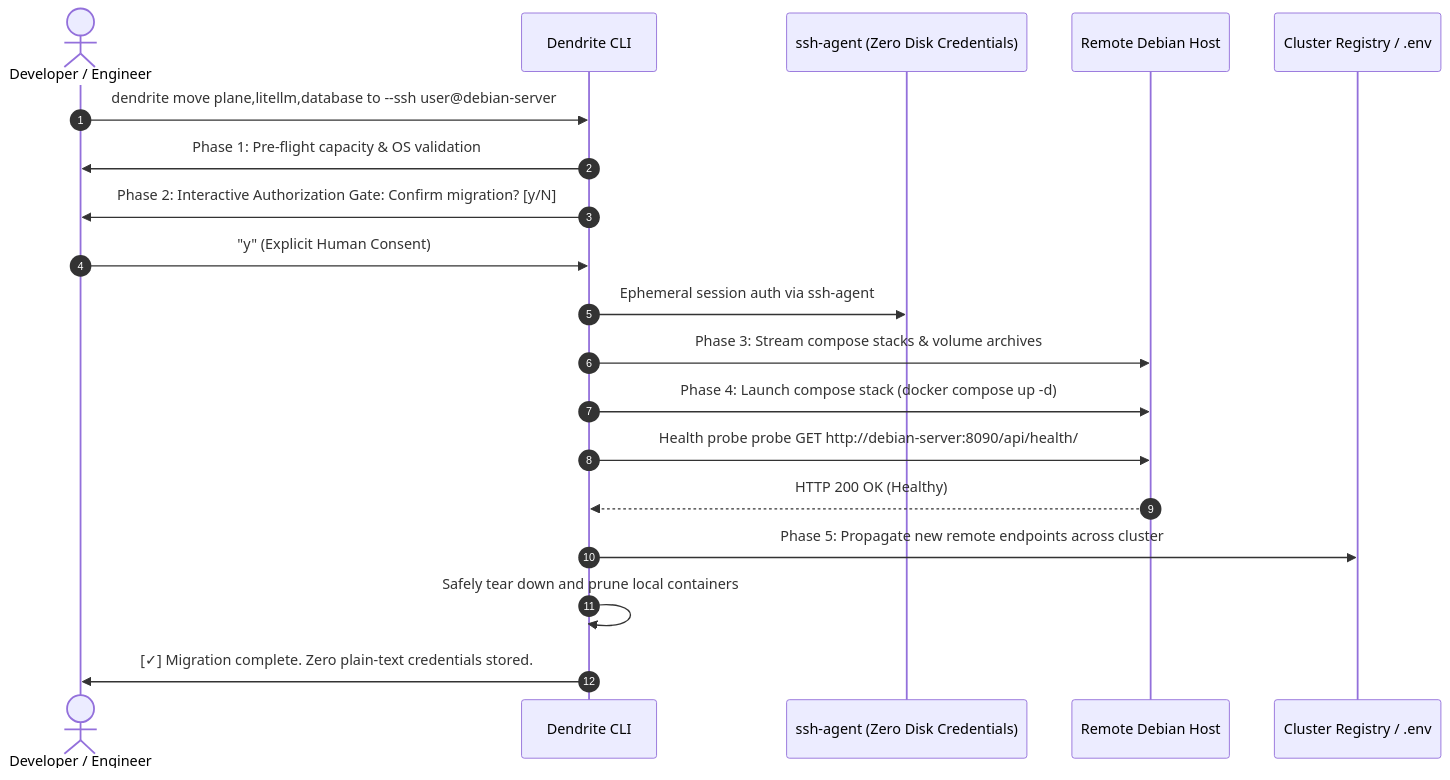
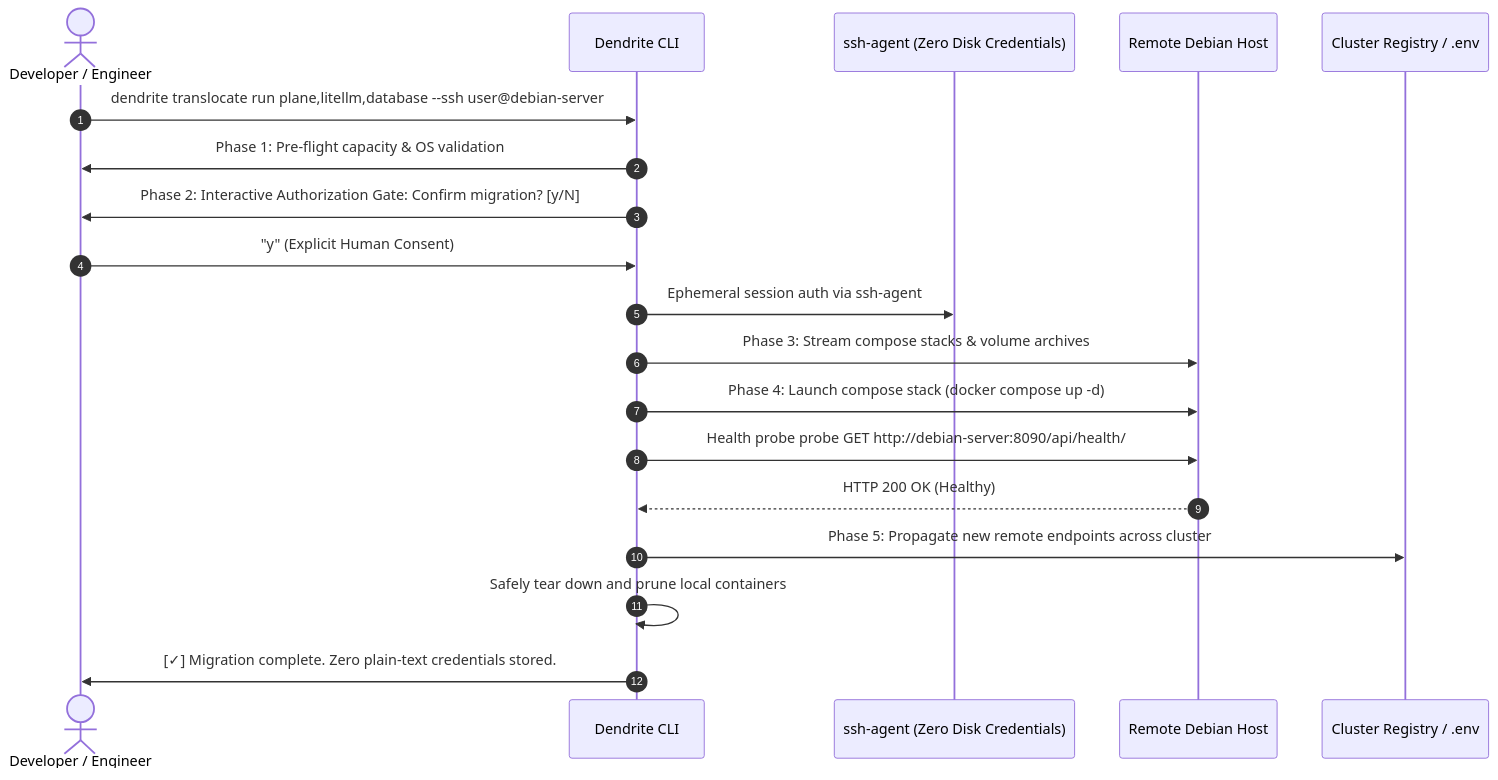
The diagram in docs/guides/moving-services-to-ssh-server.md (yasuomaidana/dendrite), drawn with Mermaid before and after one commit. The commit also changed other lines of this file and 61 other files, not shown here.

````diff
--- a/docs/guides/moving-services-to-ssh-server.md
+++ b/docs/guides/moving-services-to-ssh-server.md
@@ -9,22 +9,22 @@
 ```mermaid
 sequenceDiagram
     autonumber
     actor Dev as Developer / Engineer
     participant CLI as Dendrite CLI
     participant SSH as ssh-agent (Zero Disk Credentials)
     participant Remote as Remote Debian Host
     participant Cluster as Cluster Registry / .env
 
-    Dev->>CLI: dendrite move plane,litellm,database to --ssh user@debian-server
+    Dev->>CLI: dendrite translocate run plane,litellm,database --ssh user@debian-server
     CLI->>Dev: Phase 1: Pre-flight capacity & OS validation
     CLI->>Dev: Phase 2: Interactive Authorization Gate: Confirm migration? [y/N]
     Dev->>CLI: "y" (Explicit Human Consent)
     CLI->>SSH: Ephemeral session auth via ssh-agent
     CLI->>Remote: Phase 3: Stream compose stacks & volume archives
     CLI->>Remote: Phase 4: Launch compose stack (docker compose up -d)
     CLI->>Remote: Health probe probe GET http://debian-server:8090/api/health/
     Remote-->>CLI: HTTP 200 OK (Healthy)
     CLI->>Cluster: Phase 5: Propagate new remote endpoints across cluster
     CLI->>CLI: Safely tear down and prune local containers
     CLI->>Dev: [✓] Migration complete. Zero plain-text credentials stored.
 ```
````
